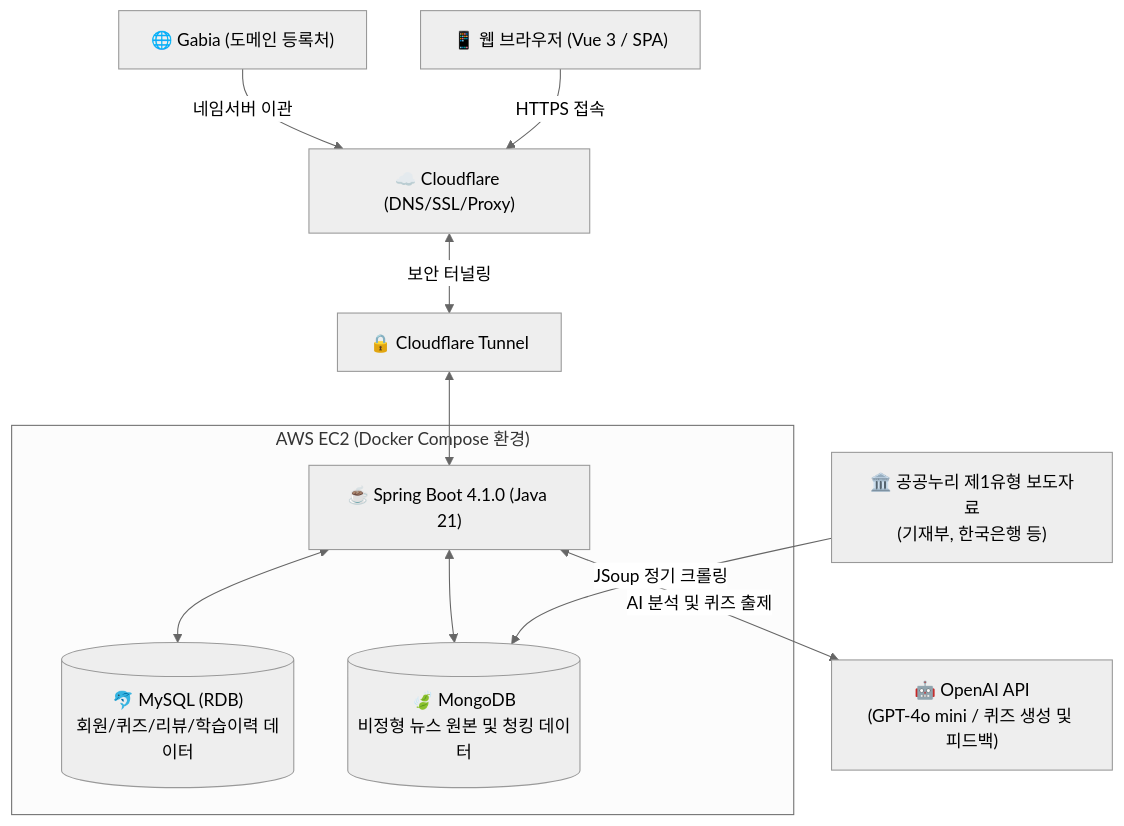
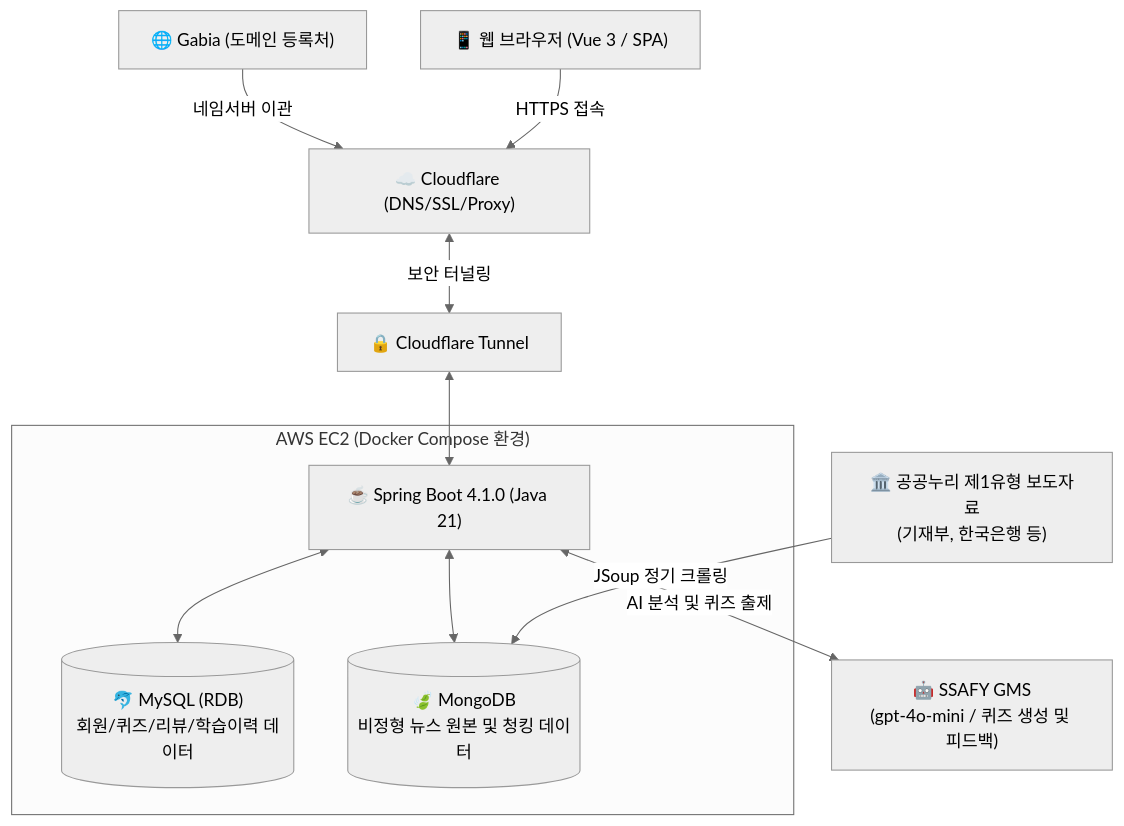
Before and after one commit to Sungw0o/Newsense: the diagram in README.md, drawn with Mermaid (neutral theme). The commit also changed other lines of this file and 12 other files, not shown here.

Commit message:
🤖 feat: use SSAFY GMS for quiz generation (#72)

````diff
--- a/README.md
+++ b/README.md
@@ -45,31 +45,31 @@
 ```mermaid
 graph TD
     %% 외부 및 DNS 레이어
     Gabia["🌐 Gabia (도메인 등록처)"]
     CF["☁️ Cloudflare (DNS/SSL/Proxy)"]
     CFTunnel["🔒 Cloudflare Tunnel"]
 
     %% 클라이언트 레이어
     Client["📱 웹 브라우저 (Vue 3 / SPA)"]
 
     %% 백엔드 및 인프라 레이어
     subgraph Server["AWS EC2 (Docker Compose 환경)"]
         Backend["☕ Spring Boot 4.1.0 (Java 21)"]
         MySQL[("🐬 MySQL (RDB)<br>회원/퀴즈/리뷰/학습이력 데이터")]
         MongoDB[("🍃 MongoDB<br>비정형 뉴스 원본 및 청킹 데이터")]
     end
 
     %% 외부 API 및 데이터 소스
-    OpenAI["🤖 OpenAI API<br>(GPT-4o mini / 퀴즈 생성 및 피드백)"]
+    OpenAI["🤖 SSAFY GMS<br>(gpt-4o-mini / 퀴즈 생성 및 피드백)"]
     GovData["🏛️ 공공누리 제1유형 보도자료<br>(기재부, 한국은행 등)"]
 
     %% 흐름 연결
     Gabia -->|네임서버 이관| CF
     Client -->|HTTPS 접속| CF
     CF <-->|보안 터널링| CFTunnel
     CFTunnel <--> Backend
     Backend <--> MySQL
     Backend <--> MongoDB
     GovData -->|JSoup 정기 크롤링| MongoDB
     Backend <-->|AI 분석 및 퀴즈 출제| OpenAI
 ```
````
